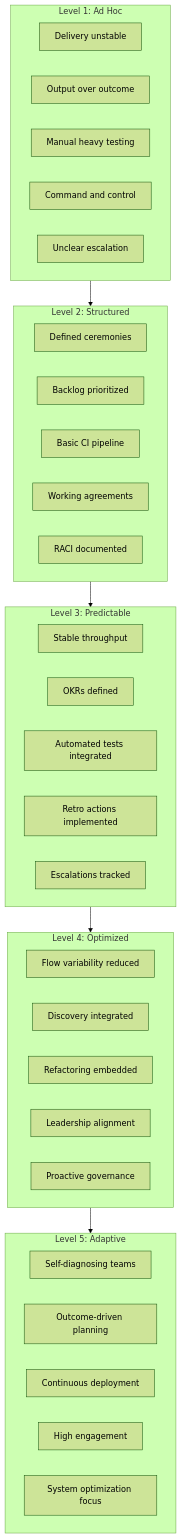
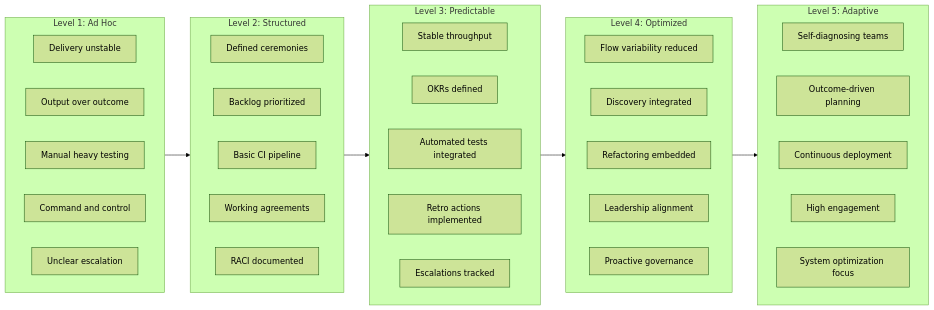
Before and after one commit to awsvkvims/agile-playbook: the diagram in docs/transformation/AGILE_MATURITY_MODEL.md, drawn with Mermaid (forest theme).

Commit message:
Render mermaid direction for maturity model correctly

```diff
--- a/docs/transformation/AGILE_MATURITY_MODEL.md
+++ b/docs/transformation/AGILE_MATURITY_MODEL.md
@@ -15,44 +15,49 @@
 <div class="mermaid">
-flowchart TB
+flowchart LR
   subgraph Level_1["Level 1: Ad Hoc"]
+    direction LR
     L1A[Delivery unstable]
     L1B[Output over outcome]
     L1C[Manual heavy testing]
     L1D[Command and control]
     L1E[Unclear escalation]
   end
 
   subgraph Level_2["Level 2: Structured"]
+    direction LR
     L2A[Defined ceremonies]
     L2B[Backlog prioritized]
     L2C[Basic CI pipeline]
     L2D[Working agreements]
     L2E[RACI documented]
   end
 
   subgraph Level_3["Level 3: Predictable"]
+    direction LR
     L3A[Stable throughput]
     L3B[OKRs defined]
     L3C[Automated tests integrated]
     L3D[Retro actions implemented]
     L3E[Escalations tracked]
   end
 
   subgraph Level_4["Level 4: Optimized"]
+    direction LR
     L4A[Flow variability reduced]
     L4B[Discovery integrated]
     L4C[Refactoring embedded]
     L4D[Leadership alignment]
     L4E[Proactive governance]
   end
 
   subgraph Level_5["Level 5: Adaptive"]
+    direction LR
     L5A[Self-diagnosing teams]
     L5B[Outcome-driven planning]
     L5C[Continuous deployment]
     L5D[High engagement]
     L5E[System optimization focus]
   end
 
   Level_1 --> Level_2 --> Level_3 --> Level_4 --> Level_5
 </div>
```
